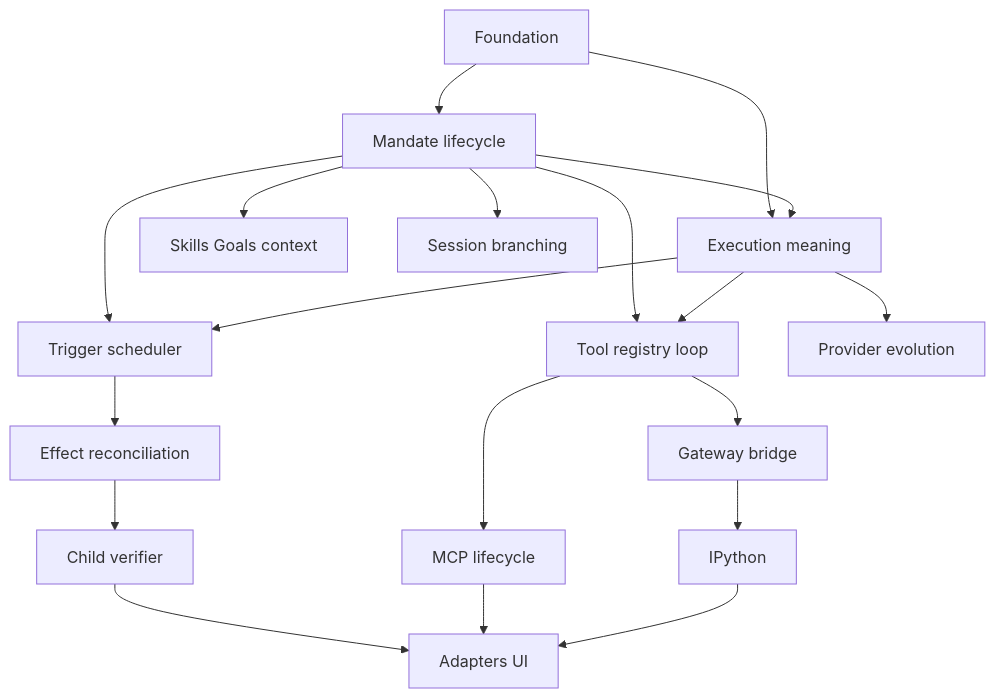
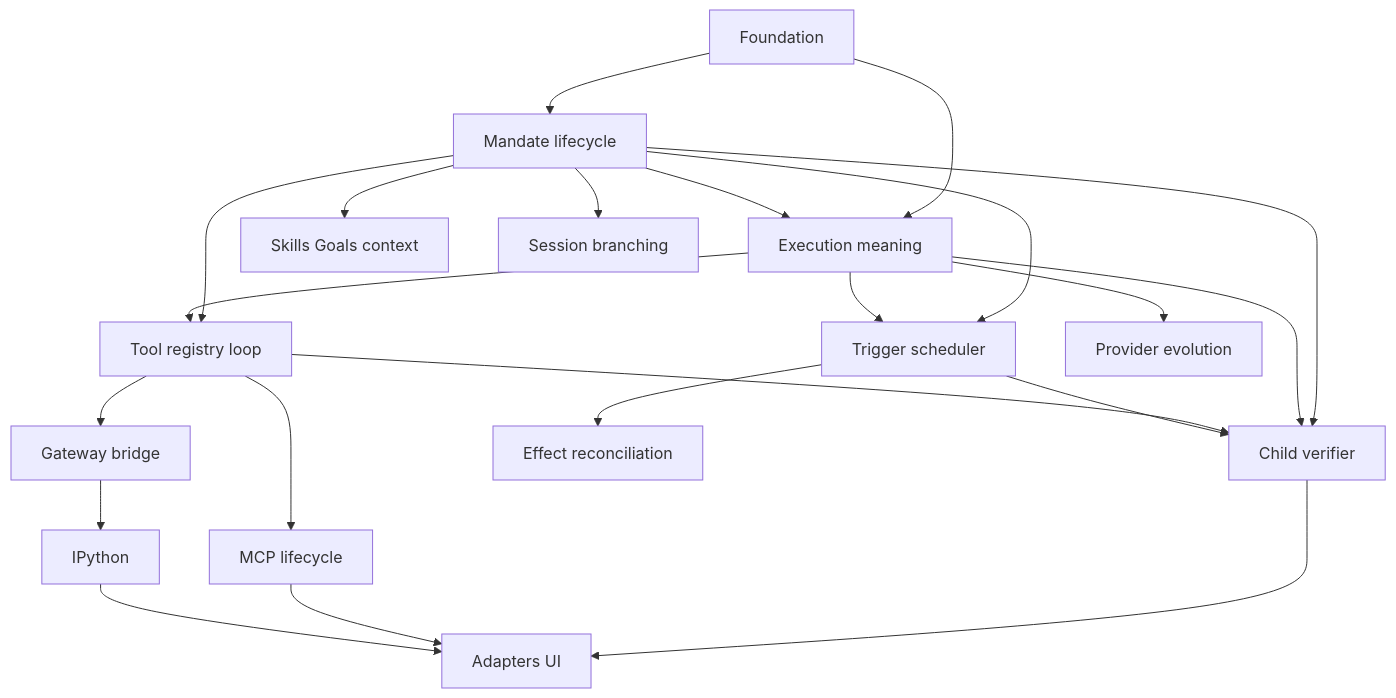
The diagram in docs/intention-relay/reconciliation/ownership-and-dependency-map.md (y0tsy/intention-relay), drawn with Mermaid before and after one commit. The commit also changed other lines of this file and 20 other files, not shown here.

Commit message:
docs(architecture): define child graph verifier authority

````diff
--- a/docs/intention-relay/reconciliation/ownership-and-dependency-map.md
+++ b/docs/intention-relay/reconciliation/ownership-and-dependency-map.md
@@ -22,21 +23,24 @@
 ```mermaid
 flowchart TD
   F[Foundation] --> E[Execution meaning]
   F --> M[Mandate lifecycle]
   M --> E
   M --> T[Tool registry loop]
   E --> T
   M --> S[Trigger scheduler]
   E --> S
+  M --> C[Child verifier]
+  E --> C
+  T --> C
+  S --> C
   T --> G[Gateway bridge]
   S --> X[Effect reconciliation]
-  X --> C[Child verifier]
   T --> P[MCP lifecycle]
   M --> K[Skills Goals context]
   G --> I[IPython]
   E --> V[Provider evolution]
   M --> B[Session branching]
   C --> U[Adapters UI]
   P --> U
   I --> U
 ```
````
